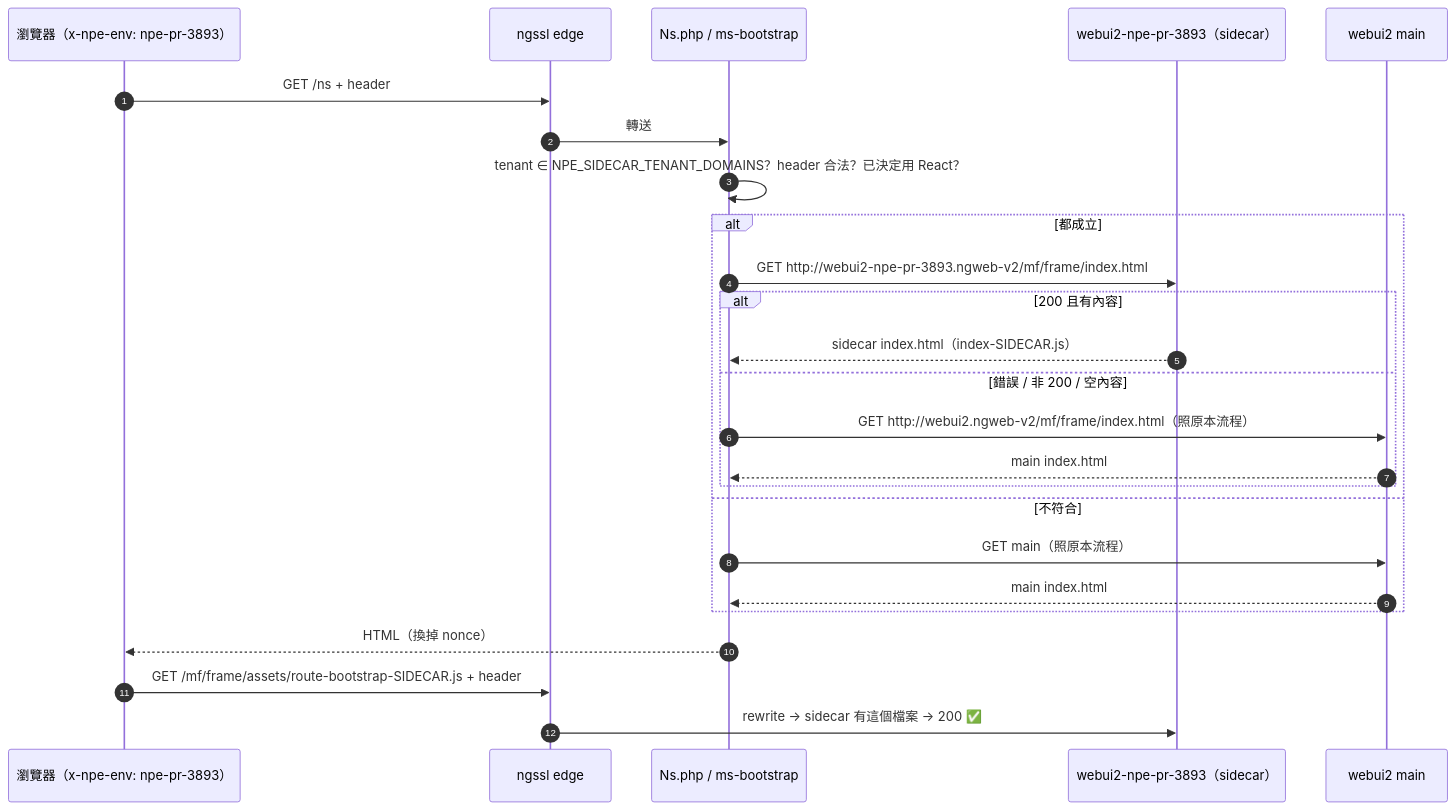
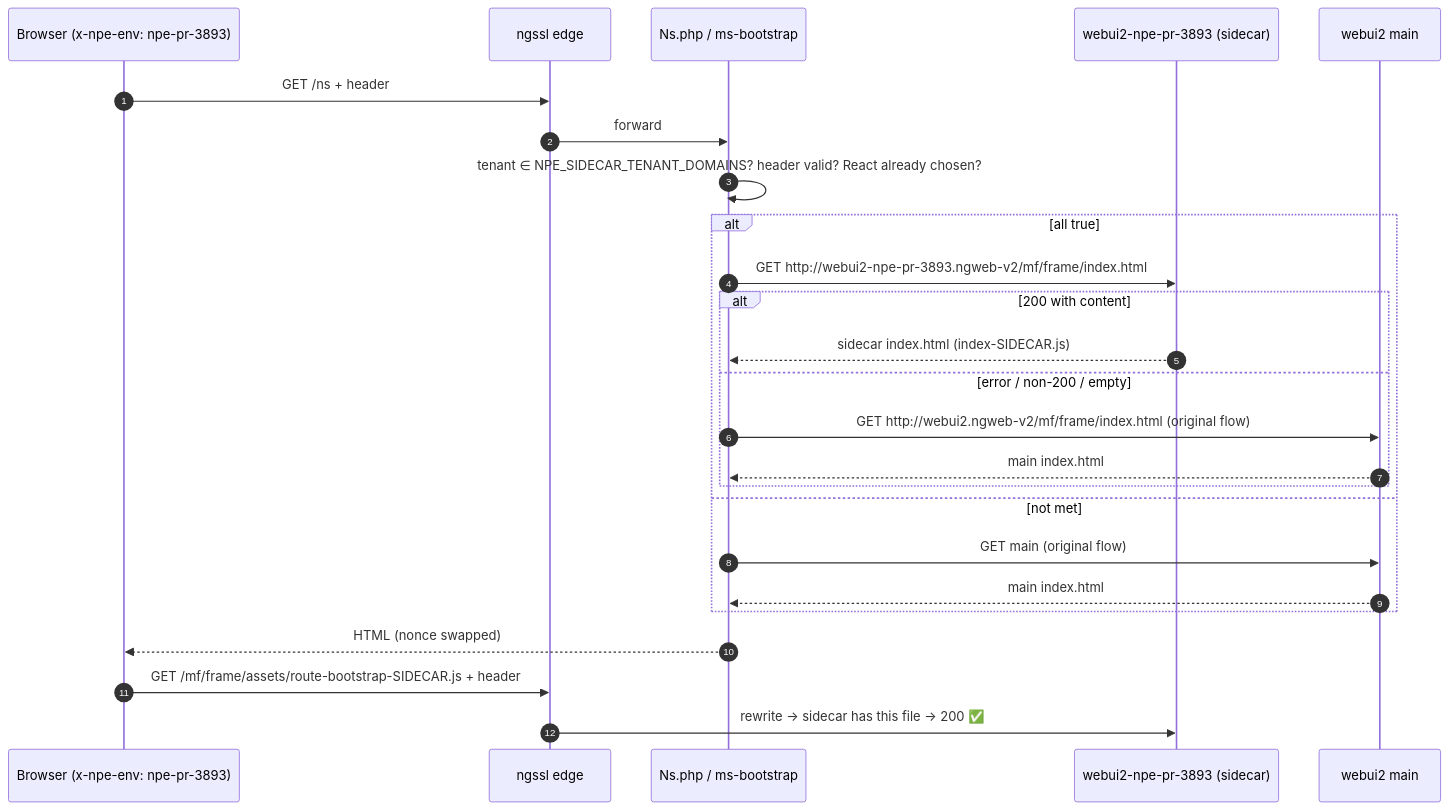
The eighth of 8 diagrams in knowledge/crane-frame-index-serving.md (ns-lhsiao/lhsiao-claude), drawn with Mermaid before and after one commit. The commit also changed other lines of this file and 1 other file, not shown here.

First line of the commit message:
docs: translate crane webui2 render knowledge to English

````diff
--- a/knowledge/crane-frame-index-serving.md
+++ b/knowledge/crane-frame-index-serving.md
@@ -203,27 +203,27 @@
 ```mermaid
 sequenceDiagram
   autonumber
-  participant B as 瀏覽器（x-npe-env: npe-pr-3893）
+  participant B as Browser (x-npe-env: npe-pr-3893)
   participant E as ngssl edge
   participant S as Ns.php / ms-bootstrap
-  participant WS as webui2-npe-pr-3893（sidecar）
+  participant WS as webui2-npe-pr-3893 (sidecar)
   participant WM as webui2 main
   B->>E: GET /ns + header
-  E->>S: 轉送
-  S->>S: tenant ∈ NPE_SIDECAR_TENANT_DOMAINS？header 合法？已決定用 React？
-  alt 都成立
+  E->>S: forward
+  S->>S: tenant ∈ NPE_SIDECAR_TENANT_DOMAINS? header valid? React already chosen?
+  alt all true
     S->>WS: GET http://webui2-npe-pr-3893.ngweb-v2/mf/frame/index.html
-    alt 200 且有內容
-      WS-->>S: sidecar index.html（index-SIDECAR.js）
-    else 錯誤 / 非 200 / 空內容
-      S->>WM: GET http://webui2.ngweb-v2/mf/frame/index.html（照原本流程）
+    alt 200 with content
+      WS-->>S: sidecar index.html (index-SIDECAR.js)
+    else error / non-200 / empty
+      S->>WM: GET http://webui2.ngweb-v2/mf/frame/index.html (original flow)
       WM-->>S: main index.html
     end
-  else 不符合
-    S->>WM: GET main（照原本流程）
+  else not met
+    S->>WM: GET main (original flow)
     WM-->>S: main index.html
   end
-  S-->>B: HTML（換掉 nonce）
+  S-->>B: HTML (nonce swapped)
   B->>E: GET /mf/frame/assets/route-bootstrap-SIDECAR.js + header
-  E->>WS: rewrite → sidecar 有這個檔案 → 200 ✅
+  E->>WS: rewrite → sidecar has this file → 200 ✅
 ```
````
